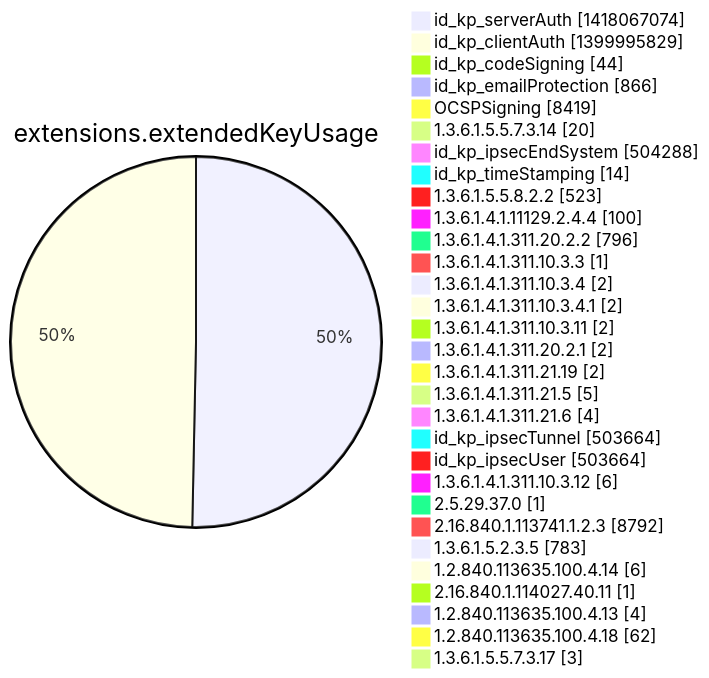
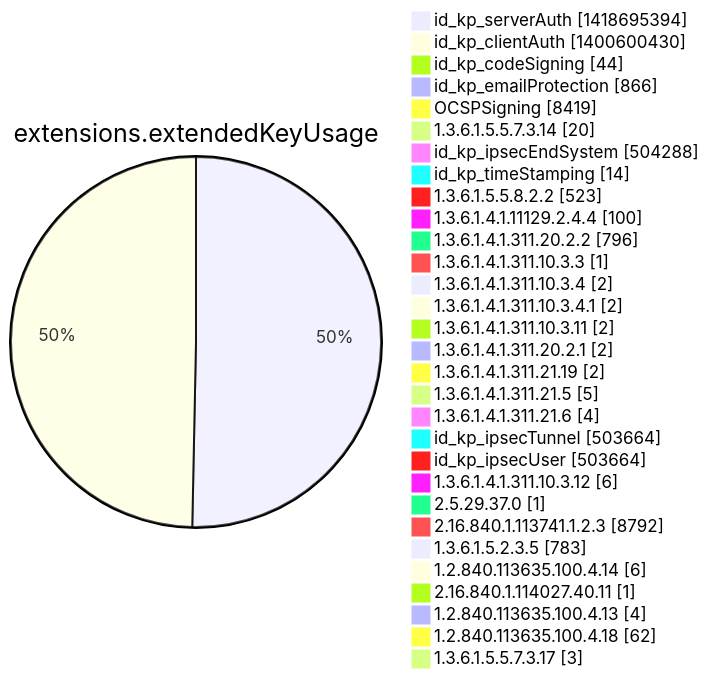
Before and after one commit to christiankrug/ctmonitor_visualization: diagram 12 of 15 in argon2022/README.md, drawn with Mermaid. The commit also changed other lines of this file, not shown here.

````diff
--- a/argon2022/README.md
+++ b/argon2022/README.md
@@ -3555,34 +3555,34 @@
 ```mermaid
 pie showData
 title extensions.extendedKeyUsage
-"id_kp_serverAuth" :1418067074
-"id_kp_clientAuth" :1399995829
+"id_kp_serverAuth" :1418695394
+"id_kp_clientAuth" :1400600430
 "id_kp_codeSigning" :44
 "id_kp_emailProtection" :866
 "OCSPSigning" :8419
 "1.3.6.1.5.5.7.3.14" :20
 "id_kp_ipsecEndSystem" :504288
 "id_kp_timeStamping" :14
 "1.3.6.1.5.5.8.2.2" :523
 "1.3.6.1.4.1.11129.2.4.4" :100
 "1.3.6.1.4.1.311.20.2.2" :796
 "1.3.6.1.4.1.311.10.3.3" :1
 "1.3.6.1.4.1.311.10.3.4" :2
 "1.3.6.1.4.1.311.10.3.4.1" :2
 "1.3.6.1.4.1.311.10.3.11" :2
 "1.3.6.1.4.1.311.20.2.1" :2
 "1.3.6.1.4.1.311.21.19" :2
 "1.3.6.1.4.1.311.21.5" :5
 "1.3.6.1.4.1.311.21.6" :4
 "id_kp_ipsecTunnel" :503664
 "id_kp_ipsecUser" :503664
 "1.3.6.1.4.1.311.10.3.12" :6
 "2.5.29.37.0" :1
 "2.16.840.1.113741.1.2.3" :8792
 "1.3.6.1.5.2.3.5" :783
 "1.2.840.113635.100.4.14" :6
 "2.16.840.1.114027.40.11" :1
 "1.2.840.113635.100.4.13" :4
 "1.2.840.113635.100.4.18" :62
 "1.3.6.1.5.5.7.3.17" :3
 ```
````
